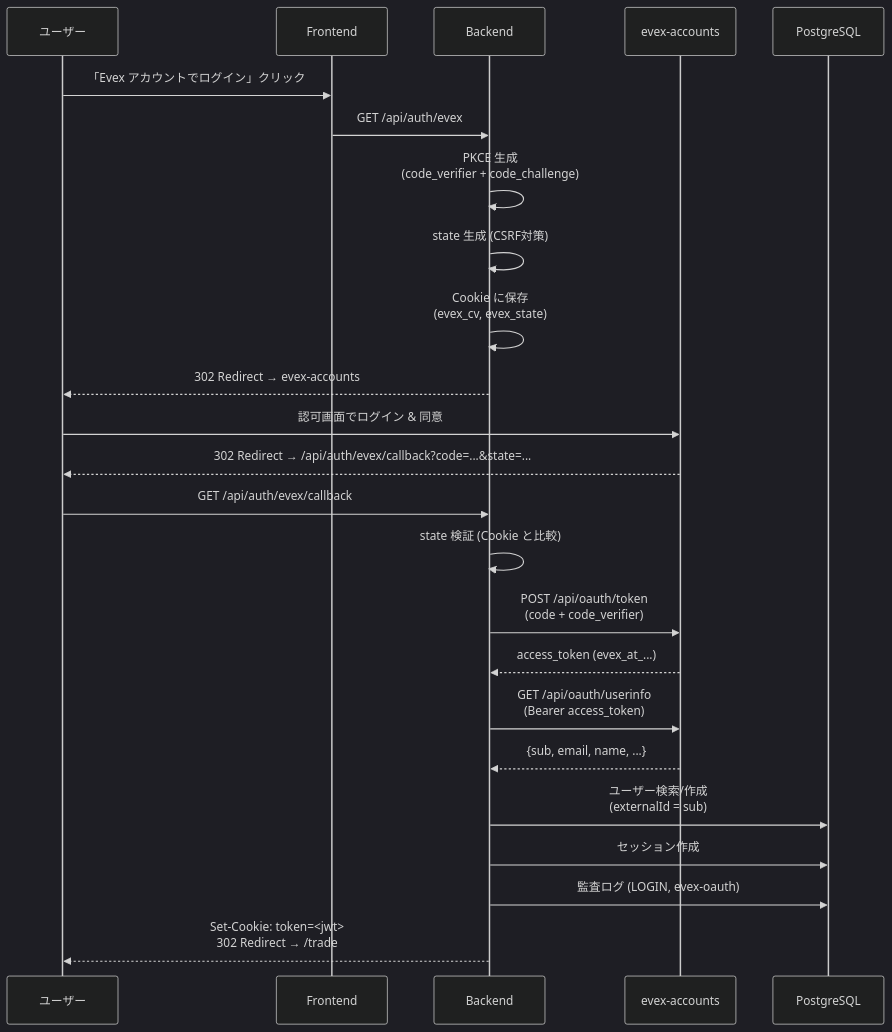
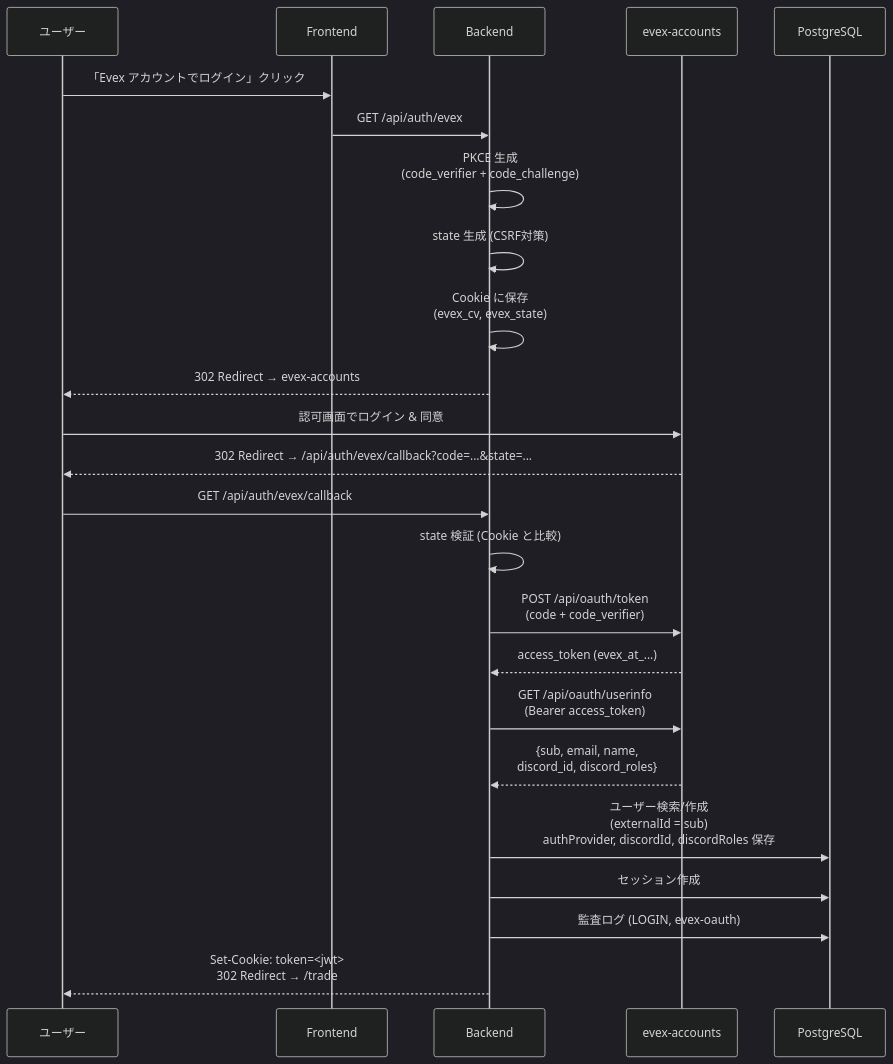
The third of 7 diagrams in docs/SECURITY.md (serkenn/kabu-trade), drawn with Mermaid (dark theme) before and after one commit. The commit also changed other lines of this file and 2 other files, not shown here.

````diff
--- a/docs/SECURITY.md
+++ b/docs/SECURITY.md
@@ -119,30 +119,30 @@
 ```mermaid
 sequenceDiagram
     participant U as ユーザー
     participant FE as Frontend
     participant BE as Backend
     participant EV as evex-accounts
     participant DB as PostgreSQL
 
     U->>FE: 「Evex アカウントでログイン」クリック
     FE->>BE: GET /api/auth/evex
     BE->>BE: PKCE 生成<br/>(code_verifier + code_challenge)
     BE->>BE: state 生成 (CSRF対策)
     BE->>BE: Cookie に保存<br/>(evex_cv, evex_state)
     BE-->>U: 302 Redirect → evex-accounts
 
     U->>EV: 認可画面でログイン & 同意
     EV-->>U: 302 Redirect → /api/auth/evex/callback?code=...&state=...
 
     U->>BE: GET /api/auth/evex/callback
     BE->>BE: state 検証 (Cookie と比較)
     BE->>EV: POST /api/oauth/token<br/>(code + code_verifier)
     EV-->>BE: access_token (evex_at_...)
     BE->>EV: GET /api/oauth/userinfo<br/>(Bearer access_token)
-    EV-->>BE: {sub, email, name, ...}
+    EV-->>BE: {sub, email, name,<br/>discord_id, discord_roles}
 
-    BE->>DB: ユーザー検索/作成<br/>(externalId = sub)
+    BE->>DB: ユーザー検索/作成<br/>(externalId = sub)<br/>authProvider, discordId, discordRoles 保存
     BE->>DB: セッション作成
     BE->>DB: 監査ログ (LOGIN, evex-oauth)
     BE-->>U: Set-Cookie: token=<jwt><br/>302 Redirect → /trade
 ```
````
